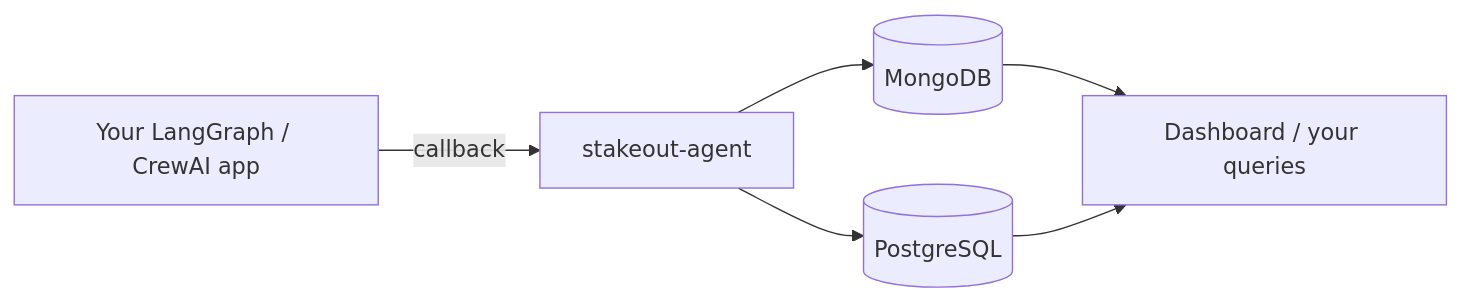
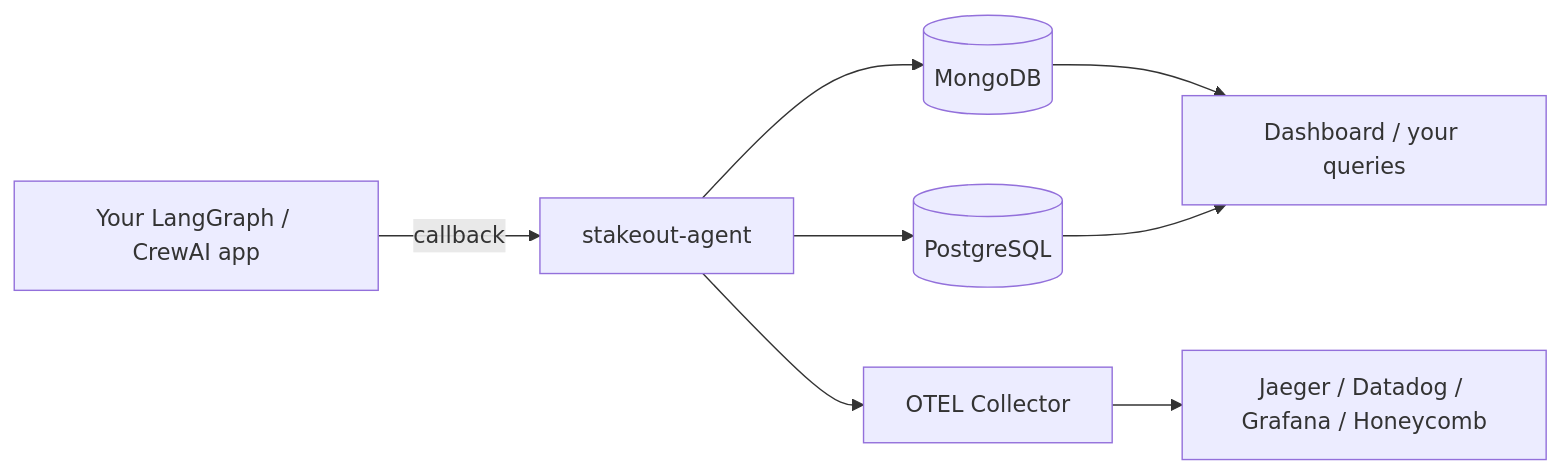
The diagram in stakeout-agent/README.md (KyriakosFrang/stakeout-agent), drawn with Mermaid before and after one commit. The commit also changed other lines of this file and 4 other files, not shown here.

````diff
--- a/stakeout-agent/README.md
+++ b/stakeout-agent/README.md
@@ -65,8 +71,10 @@
 ```mermaid
 graph LR
     A[Your LangGraph / CrewAI app] -->|callback| B[stakeout-agent]
     B --> C[(MongoDB)]
     B --> D[(PostgreSQL)]
+    B --> F[OTEL Collector]
     C --> E[Dashboard / your queries]
     D --> E
+    F --> G[Jaeger / Datadog / Grafana / Honeycomb]
 ```
````
